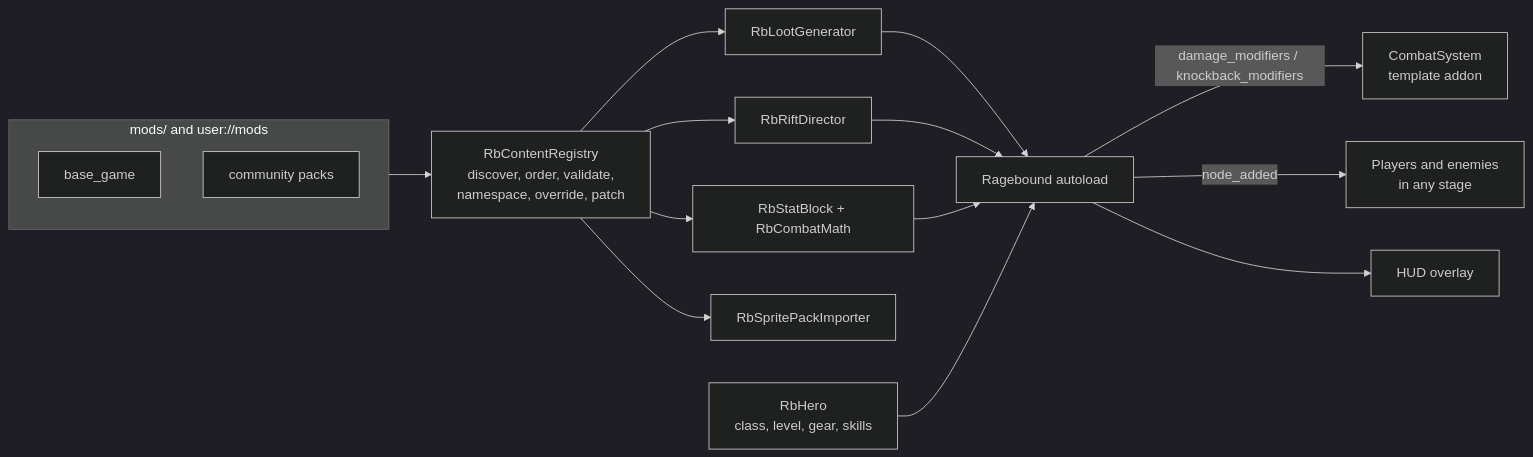
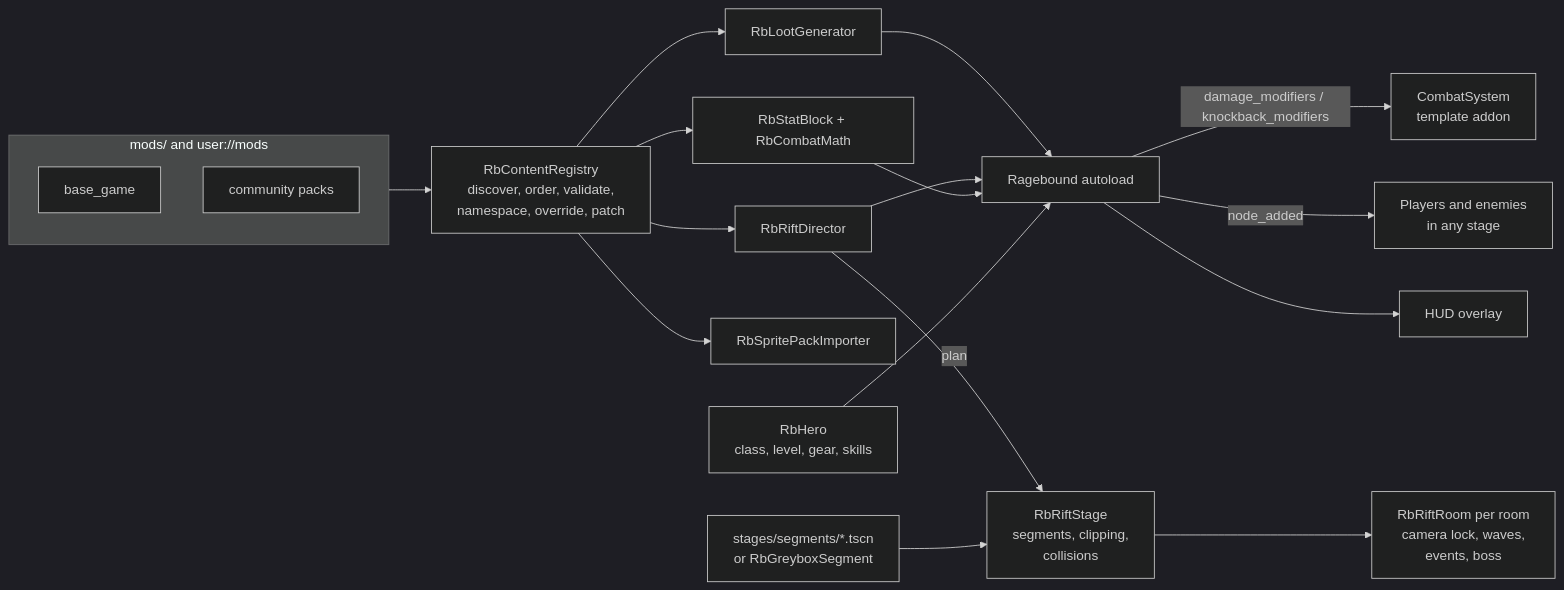
Before and after one commit to camerensmith/template-beat-em-up: the diagram in docs/RAGEBOUND.md, drawn with Mermaid (dark theme). The commit also changed other lines of this file and 31 other files, not shown here.

First line of the commit message:
Assemble rifts into playable levels from stage segments

````diff
--- a/docs/RAGEBOUND.md
+++ b/docs/RAGEBOUND.md
@@ -103,19 +123,22 @@
 ```mermaid
 flowchart LR
     subgraph mods["mods/ and user://mods"]
         base[base_game]
         community[community packs]
     end
     mods --> registry[RbContentRegistry<br/>discover, order, validate,<br/>namespace, override, patch]
     registry --> loot[RbLootGenerator]
     registry --> director[RbRiftDirector]
     registry --> stats[RbStatBlock + RbCombatMath]
     registry --> sprites[RbSpritePackImporter]
     loot --> rb[Ragebound autoload]
     director --> rb
     stats --> rb
     hero[RbHero<br/>class, level, gear, skills] --> rb
     rb -- damage_modifiers / knockback_modifiers --> combat[CombatSystem<br/>template addon]
     rb -- node_added --> characters[Players and enemies<br/>in any stage]
     rb --> hud[HUD overlay]
+    director -- plan --> stage[RbRiftStage<br/>segments, clipping,<br/>collisions]
+    segments[stages/segments/*.tscn<br/>or RbGreyboxSegment] --> stage
+    stage --> rooms[RbRiftRoom per room<br/>camera lock, waves,<br/>events, boss]
 ```
````
